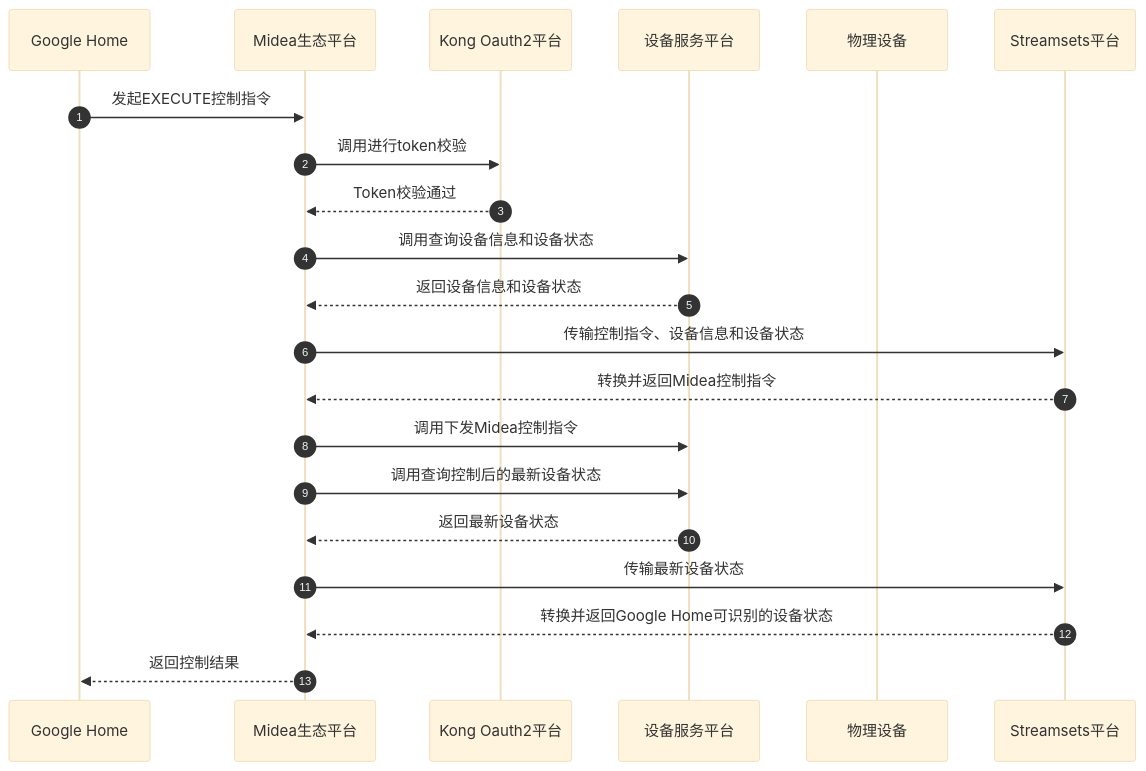
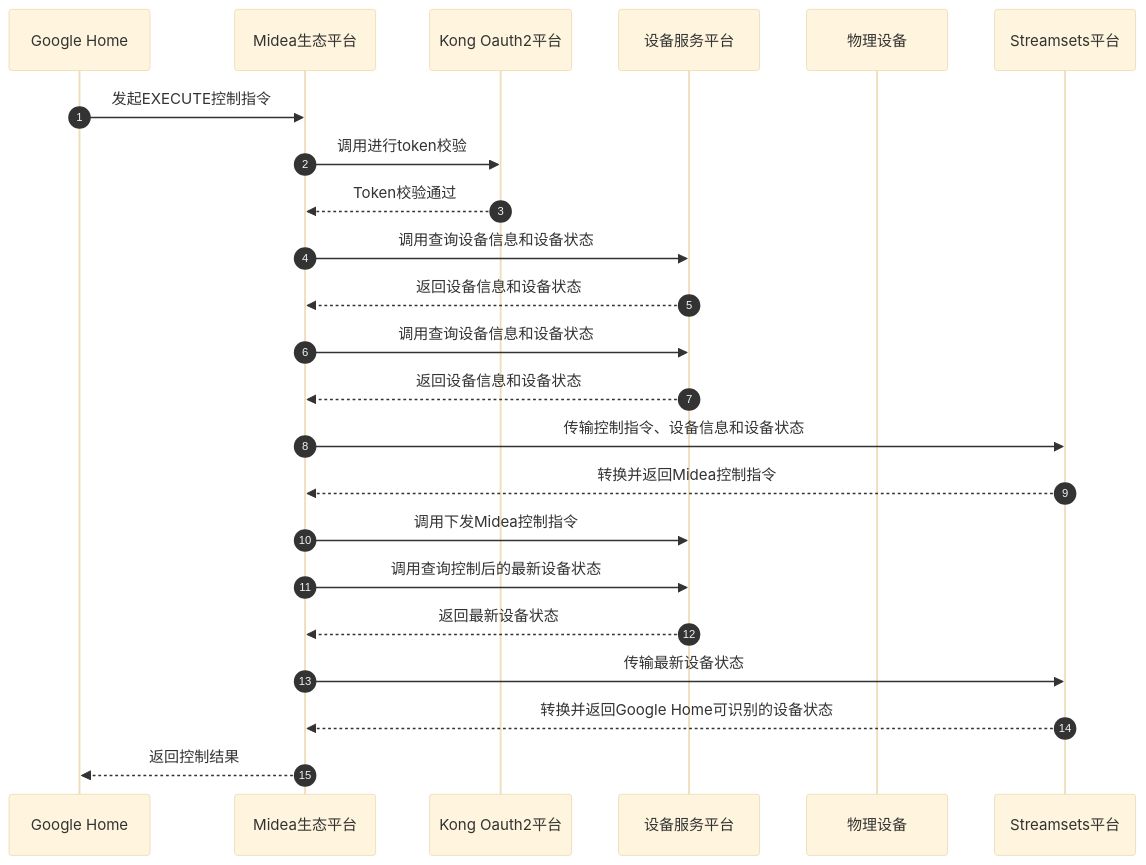
One commit to ixiaoyang8/iodraw-files changed the diagram in all/未命名-19.md. Above: the diagram before and after it, drawn with Mermaid (base theme).

Commit message:
2026-06-11 11:15:43 update

````diff
--- a/all/未命名-19.md
+++ b/all/未命名-19.md
@@ -1,25 +1,27 @@
 ```mermaid
 sequenceDiagram
     autonumber
     participant GoogleHome as Google Home
     participant MideaEco as Midea生态平台
     participant KongOAuth as Kong Oauth2平台
     participant DevService as 设备服务平台
-    participant Dev as 物理设备
+    participant Device as 物理设备
     participant Streamsets as Streamsets平台
 
     GoogleHome->>MideaEco: 发起EXECUTE控制指令
     MideaEco->>KongOAuth: 调用进行token校验
     KongOAuth-->>MideaEco: Token校验通过
+    MideaEco->>DevService: 调用查询设备信息和设备状态
+    DevService-->>MideaEco: 返回设备信息和设备状态
     MideaEco->>DevService: 调用查询设备信息和设备状态
     DevService-->>MideaEco: 返回设备信息和设备状态
     MideaEco->>Streamsets: 传输控制指令、设备信息和设备状态
     Streamsets-->>MideaEco: 转换并返回Midea控制指令
     MideaEco->>DevService: 调用下发Midea控制指令
     MideaEco->>DevService: 调用查询控制后的最新设备状态
     DevService-->>MideaEco: 返回最新设备状态
     MideaEco->>Streamsets: 传输最新设备状态
     Streamsets-->>MideaEco: 转换并返回Google Home可识别的设备状态
     MideaEco-->>GoogleHome: 返回控制结果
 
 ```
````
